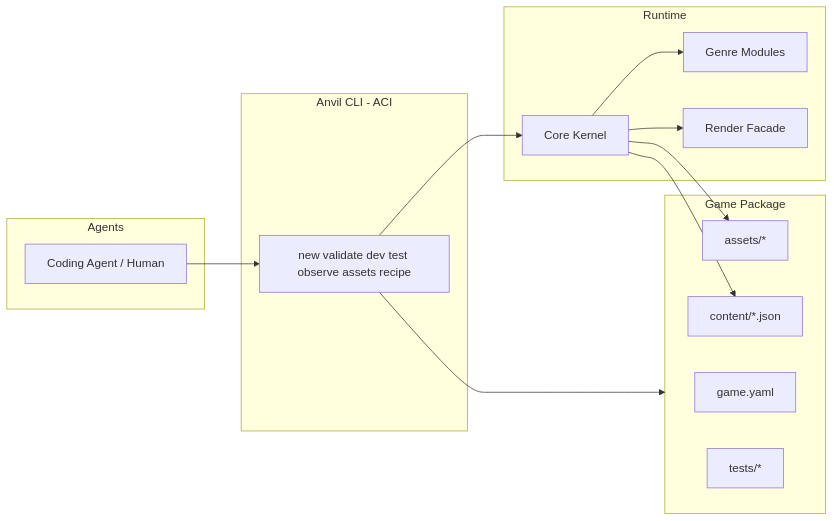
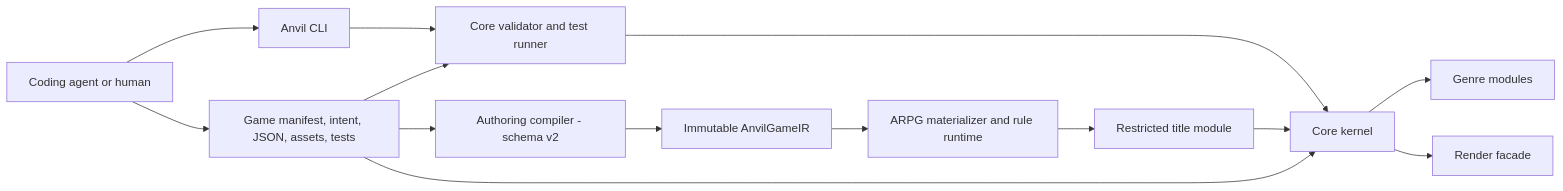
Before and after one commit to 7etsuo/anvil: the first of 2 diagrams in anvil/docs/design/04_SYSTEM_ARCHITECTURE.md, drawn with Mermaid. The commit also changed other lines of this file and 84 other files, not shown here.

````diff
--- a/anvil/docs/design/04_SYSTEM_ARCHITECTURE.md
+++ b/anvil/docs/design/04_SYSTEM_ARCHITECTURE.md
@@ -7,27 +10,16 @@
 ```mermaid
 flowchart LR
-  subgraph Agents
-    A[Coding Agent / Human]
-  end
-  subgraph AnvilCLI[Anvil CLI - ACI]
-    C[new validate dev test observe assets recipe]
-  end
-  subgraph GamePkg[Game Package]
-    Y[game.yaml]
-    J[content/*.json]
-    F[assets/*]
-    T[tests/*]
-  end
-  subgraph Runtime
-    K[Core Kernel]
-    M[Genre Modules]
-    R[Render Facade]
-  end
-  A --> C
-  C --> GamePkg
-  C --> K
-  K --> M
-  K --> R
-  K --> F
-  K --> J
+  Agent[Coding agent or human] --> CLI[Anvil CLI]
+  Agent --> Source[Game manifest, intent, JSON, assets, tests]
+  CLI --> Validator[Core validator and test runner]
+  Source --> Validator
+  Source --> Compiler[Authoring compiler - schema v2]
+  Compiler --> IR[Immutable AnvilGameIR]
+  IR --> Arpg[ARPG materializer and rule runtime]
+  Source --> Runtime[Core kernel]
+  Arpg --> Title[Restricted title module]
+  Title --> Runtime
+  Runtime --> Genres[Genre modules]
+  Runtime --> Render[Render facade]
+  Validator --> Runtime
 ```
````
